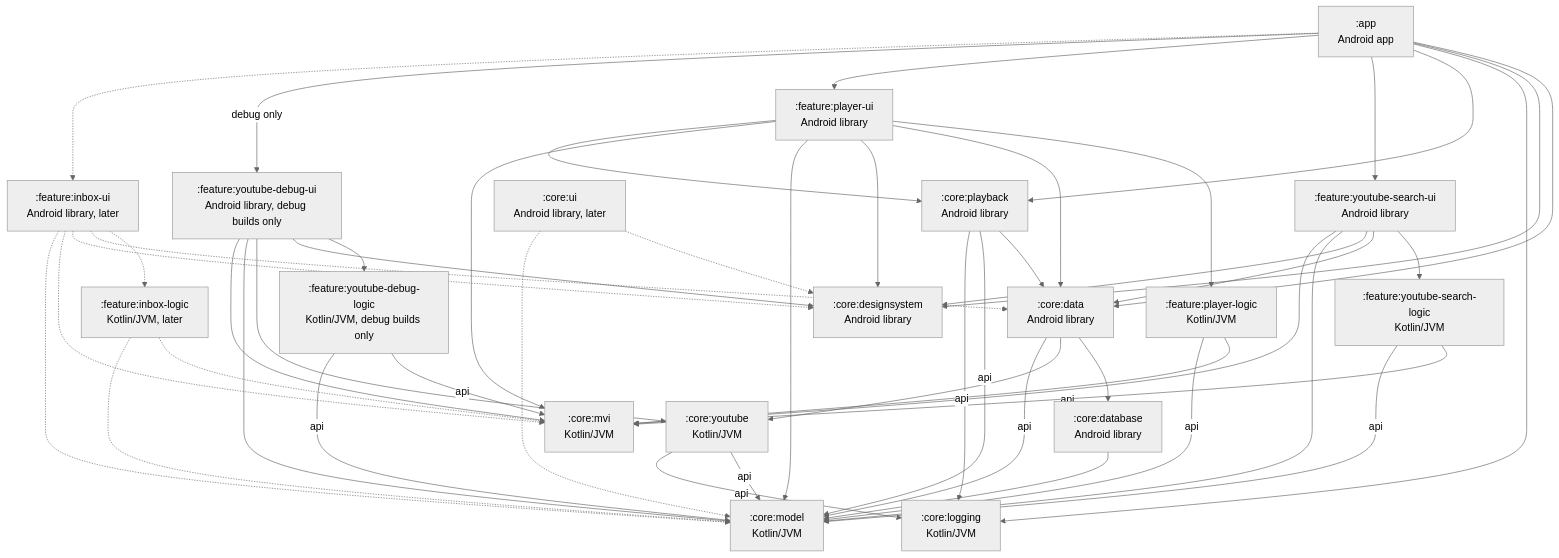
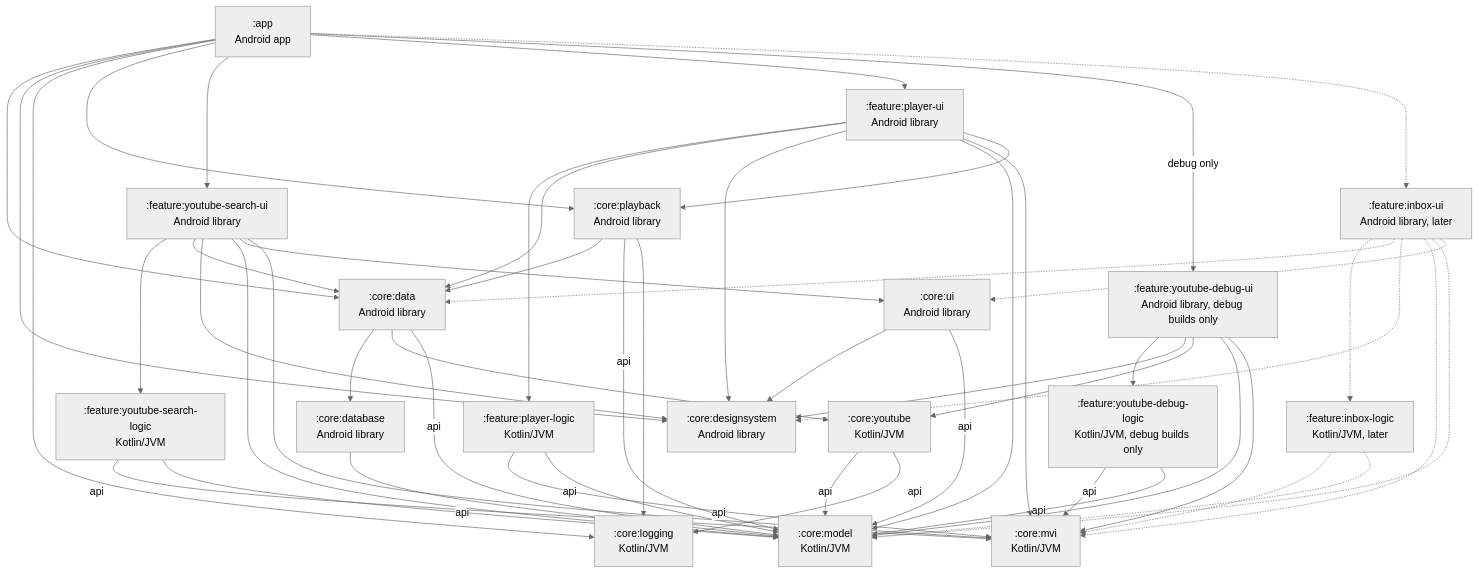
Before and after one commit to dewfallapp/dewfall: the first of 4 diagrams in docs/architecture.md, drawn with Mermaid (neutral theme). The commit also changed other lines of this file and 20 other files, not shown here.

````diff
--- a/docs/architecture.md
+++ b/docs/architecture.md
@@ -16,71 +16,73 @@
 ```mermaid
 graph TD
     app[":app<br/>Android app"]
     data[":core:data<br/>Android library"]
     database[":core:database<br/>Android library"]
     designsystem[":core:designsystem<br/>Android library"]
     youtube[":core:youtube<br/>Kotlin/JVM"]
     logging[":core:logging<br/>Kotlin/JVM"]
     model[":core:model<br/>Kotlin/JVM"]
     mvi[":core:mvi<br/>Kotlin/JVM"]
     playback[":core:playback<br/>Android library"]
     searchUi[":feature:youtube-search-ui<br/>Android library"]
     searchLogic[":feature:youtube-search-logic<br/>Kotlin/JVM"]
     playerUi[":feature:player-ui<br/>Android library"]
     playerLogic[":feature:player-logic<br/>Kotlin/JVM"]
     debugUi[":feature:youtube-debug-ui<br/>Android library, debug builds only"]
     debugLogic[":feature:youtube-debug-logic<br/>Kotlin/JVM, debug builds only"]
-    coreUi[":core:ui<br/>Android library, later"]
+    coreUi[":core:ui<br/>Android library"]
     inboxUi[":feature:inbox-ui<br/>Android library, later"]
     inboxLogic[":feature:inbox-logic<br/>Kotlin/JVM, later"]
 
     app --> data
     app --> designsystem
     app --> logging
     app --> playback
     data --> database
     data --> youtube
     data -->|api| model
     database --> model
     youtube -->|api| model
     youtube -->|api| logging
     playback --> data
     playback -->|api| model
     playback --> logging
     app --> searchUi
     searchUi --> searchLogic
     searchUi --> data
     searchUi --> designsystem
     searchUi --> model
+    searchUi --> coreUi
     searchUi --> mvi
     searchLogic -->|api| mvi
     searchLogic -->|api| model
     app --> playerUi
     playerUi --> playerLogic
     playerUi --> data
     playerUi --> designsystem
     playerUi --> model
     playerUi --> mvi
     playerUi --> playback
     playerLogic -->|api| mvi
     playerLogic -->|api| model
     app -->|debug only| debugUi
     debugUi --> debugLogic
     debugUi --> designsystem
     debugUi --> youtube
     debugUi --> model
     debugUi --> mvi
     debugLogic -->|api| mvi
     debugLogic -->|api| model
 
     app -.-> inboxUi
     inboxUi -.-> inboxLogic
     inboxUi -.-> data
     inboxUi -.-> designsystem
     inboxUi -.-> mvi
     inboxUi -.-> model
+    inboxUi -.-> coreUi
     inboxLogic -.-> mvi
     inboxLogic -.-> model
-    coreUi -.-> designsystem
-    coreUi -.-> model
+    coreUi --> designsystem
+    coreUi -->|api| model
 ```
````
